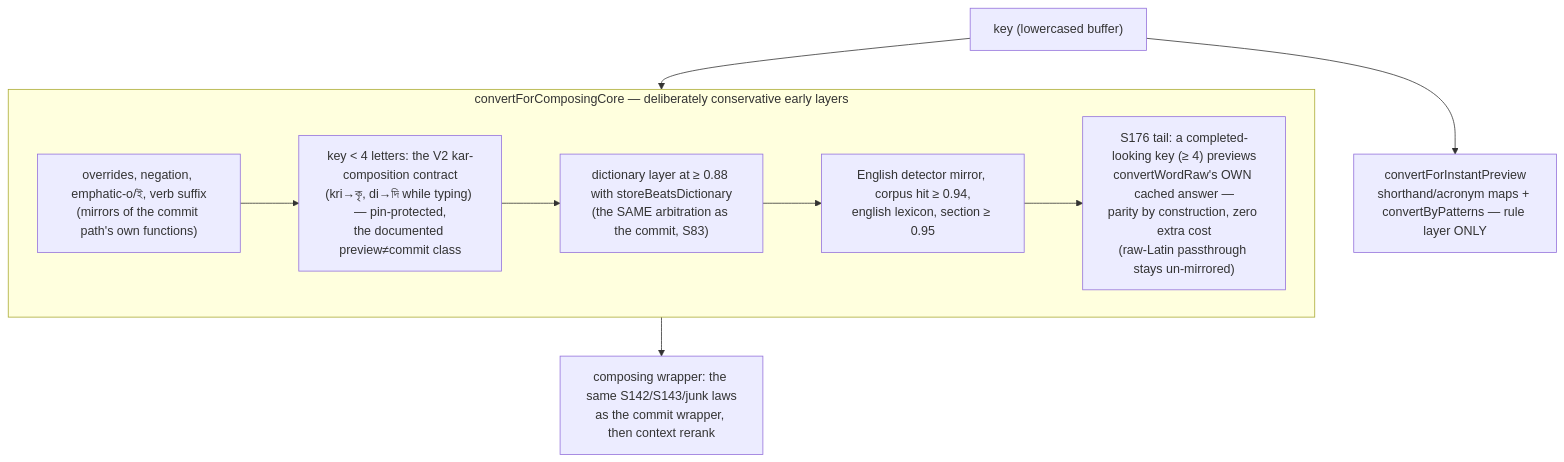
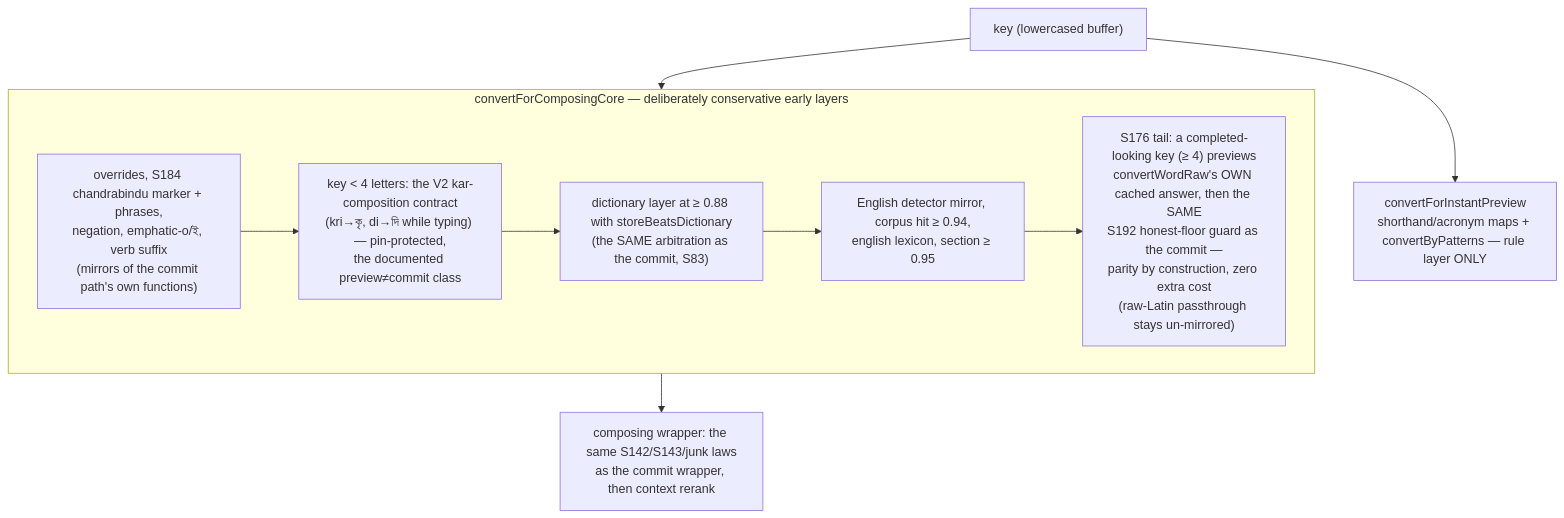
Before and after one commit to Shahabul87/banglu-kmp: the fourth of 10 diagrams in docs/architecture/engine-architecture.md, drawn with Mermaid. The commit also changed other lines of this file, not shown here.

First line of the commit message:
docs(architecture): fold S178–S192 into the engine reference — chandrabindu marker, phrases, English data, strip twins, tier-B lexicon, combination strip + ambiguity habit, honest floor, the strip ranking law

````diff
--- a/docs/architecture/engine-architecture.md
+++ b/docs/architecture/engine-architecture.md
@@ -213,14 +220,14 @@
 ```mermaid
 flowchart TD
     K["key (lowercased buffer)"] --> IP["convertForInstantPreview<br/>shorthand/acronym maps + convertByPatterns — rule layer ONLY"]
     K --> CC
     subgraph CC["convertForComposingCore — deliberately conservative early layers"]
-        C1["overrides, negation, emphatic-o/ই, verb suffix<br/>(mirrors of the commit path's own functions)"]
+        C1["overrides, S184 chandrabindu marker + phrases,<br/>negation, emphatic-o/ই, verb suffix<br/>(mirrors of the commit path's own functions)"]
         C2["key < 4 letters: the V2 kar-composition contract<br/>(kri→কৃ, di→দি while typing) — pin-protected,<br/>the documented preview≠commit class"]
         C3["dictionary layer at ≥ 0.88 with storeBeatsDictionary<br/>(the SAME arbitration as the commit, S83)"]
         C4["English detector mirror, corpus hit ≥ 0.94,<br/>english lexicon, section ≥ 0.95"]
-        C5["S176 tail: a completed-looking key (≥ 4) previews<br/>convertWordRaw's OWN cached answer —<br/>parity by construction, zero extra cost<br/>(raw-Latin passthrough stays un-mirrored)"]
+        C5["S176 tail: a completed-looking key (≥ 4) previews<br/>convertWordRaw's OWN cached answer, then the SAME<br/>S192 honest-floor guard as the commit —<br/>parity by construction, zero extra cost<br/>(raw-Latin passthrough stays un-mirrored)"]
         C1 --> C2 --> C3 --> C4 --> C5
     end
     CC --> W["composing wrapper: the same S142/S143/junk laws<br/>as the commit wrapper, then context rerank"]
 ```
````
